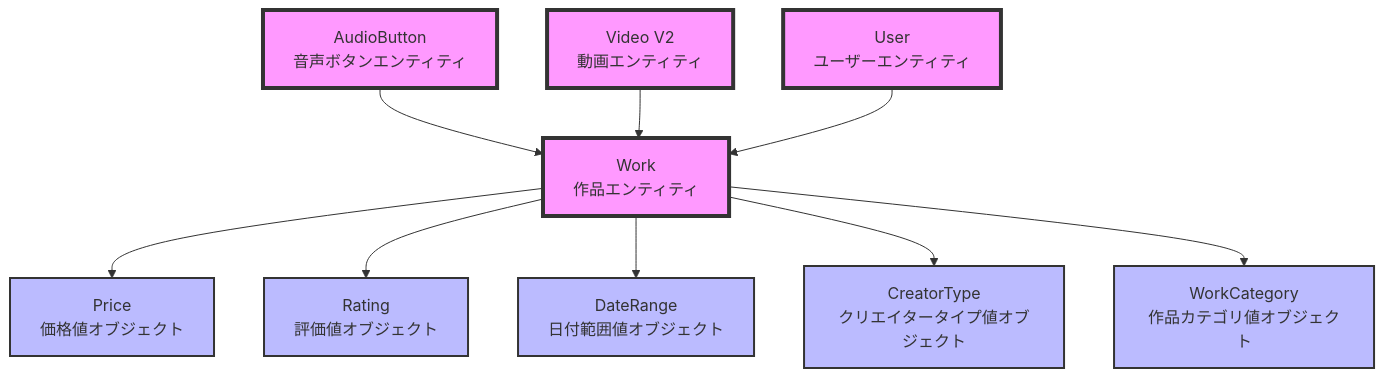
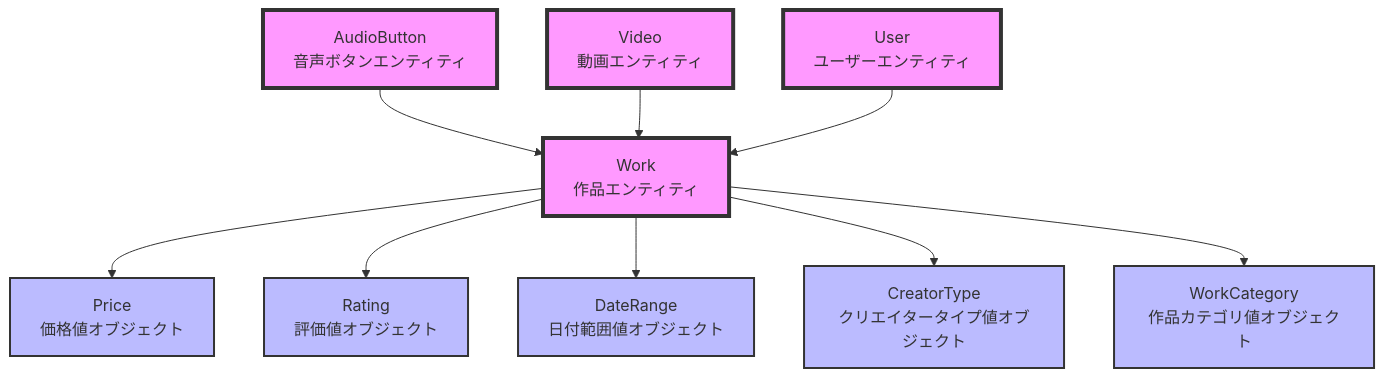
The first of 14 diagrams in docs/DOMAIN_MODEL.md (nothink-jp/suzumina.click), drawn with Mermaid before and after one commit. The commit also changed other lines of this file and 9 other files, not shown here.

````diff
--- a/docs/DOMAIN_MODEL.md
+++ b/docs/DOMAIN_MODEL.md
@@ -9,38 +9,38 @@
 ```mermaid
 graph TB
     %% エンティティ
     Work[Work<br/>作品エンティティ]
     User[User<br/>ユーザーエンティティ]
     AudioButton[AudioButton<br/>音声ボタンエンティティ]
-    Video[Video V2<br/>動画エンティティ]
+    Video[Video<br/>動画エンティティ]
     
     %% 値オブジェクト
     Price[Price<br/>価格値オブジェクト]
     Rating[Rating<br/>評価値オブジェクト]
     DateRange[DateRange<br/>日付範囲値オブジェクト]
     CreatorType[CreatorType<br/>クリエイタータイプ値オブジェクト]
     WorkCategory[WorkCategory<br/>作品カテゴリ値オブジェクト]
     
     %% 関係性
     Work --> Price
     Work --> Rating
     Work --> DateRange
     Work --> CreatorType
     Work --> WorkCategory
     
     AudioButton --> Work
     Video --> Work
     
     User --> Work
     
     style Work fill:#f9f,stroke:#333,stroke-width:4px
     style User fill:#f9f,stroke:#333,stroke-width:4px
     style AudioButton fill:#f9f,stroke:#333,stroke-width:4px
     style Video fill:#f9f,stroke:#333,stroke-width:4px
     
     style Price fill:#bbf,stroke:#333,stroke-width:2px
     style Rating fill:#bbf,stroke:#333,stroke-width:2px
     style DateRange fill:#bbf,stroke:#333,stroke-width:2px
     style CreatorType fill:#bbf,stroke:#333,stroke-width:2px
     style WorkCategory fill:#bbf,stroke:#333,stroke-width:2px
 ```
````
